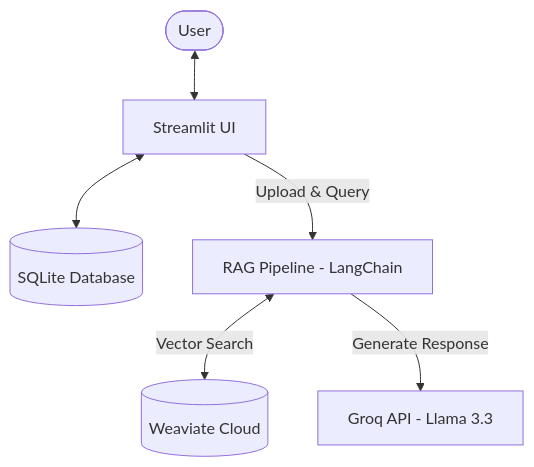
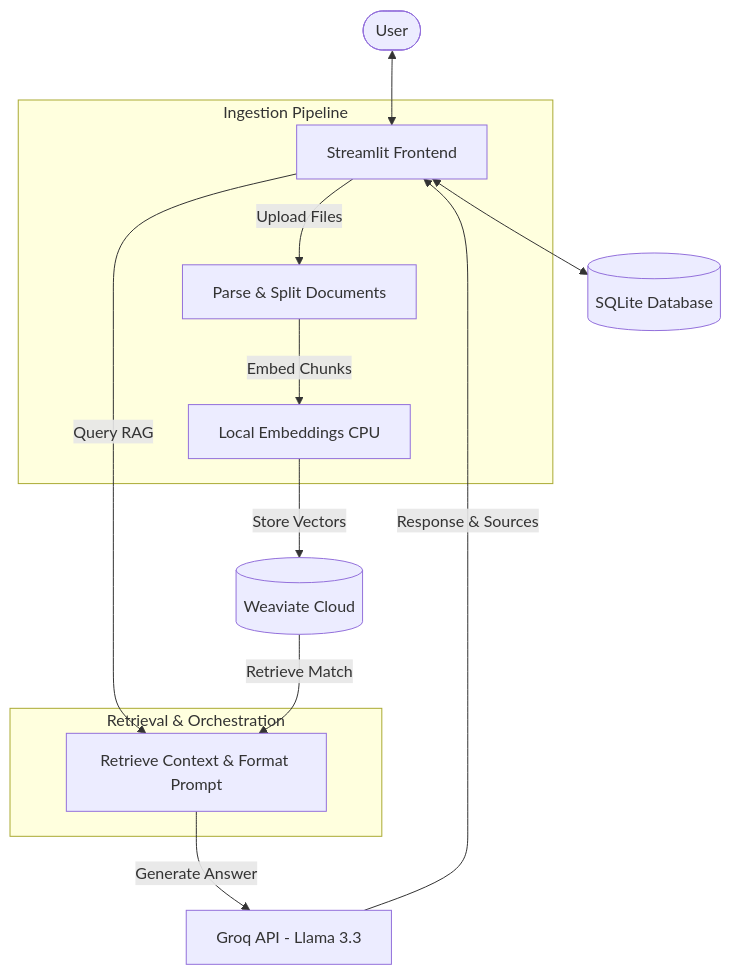
One commit to sattyaaa/ChatWithDocs changed the diagram in README.md. Above: the diagram before and after it, drawn with Mermaid.

Commit message:
Update system architecture to balanced detail level in README

````diff
--- a/README.md
+++ b/README.md
@@ -9,8 +9,20 @@
 ```mermaid
 graph TD
-    User([User]) <--> UI[Streamlit UI]
+    User([User]) <--> UI[Streamlit Frontend]
     UI <--> SQLite[(SQLite Database)]
-    UI -->|Upload & Query| RAG[RAG Pipeline - LangChain]
-    RAG <-->|Vector Search| Weaviate[(Weaviate Cloud)]
-    RAG -->|Generate Response| Groq[Groq API - Llama 3.3]
+    
+    subgraph Ingestion Pipeline
+        UI -->|Upload Files| Parse[Parse & Split Documents]
+        Parse -->|Embed Chunks| Embed[Local Embeddings CPU]
+    end
+
+    subgraph Retrieval & Orchestration
+        UI -->|Query RAG| RAG[Retrieve Context & Format Prompt]
+    end
+
+    %% External Systems
+    Embed -->|Store Vectors| Weaviate[(Weaviate Cloud)]
+    Weaviate -->|Retrieve Match| RAG
+    RAG -->|Generate Answer| Groq[Groq API - Llama 3.3]
+    Groq -->|Response & Sources| UI
 ```
````
